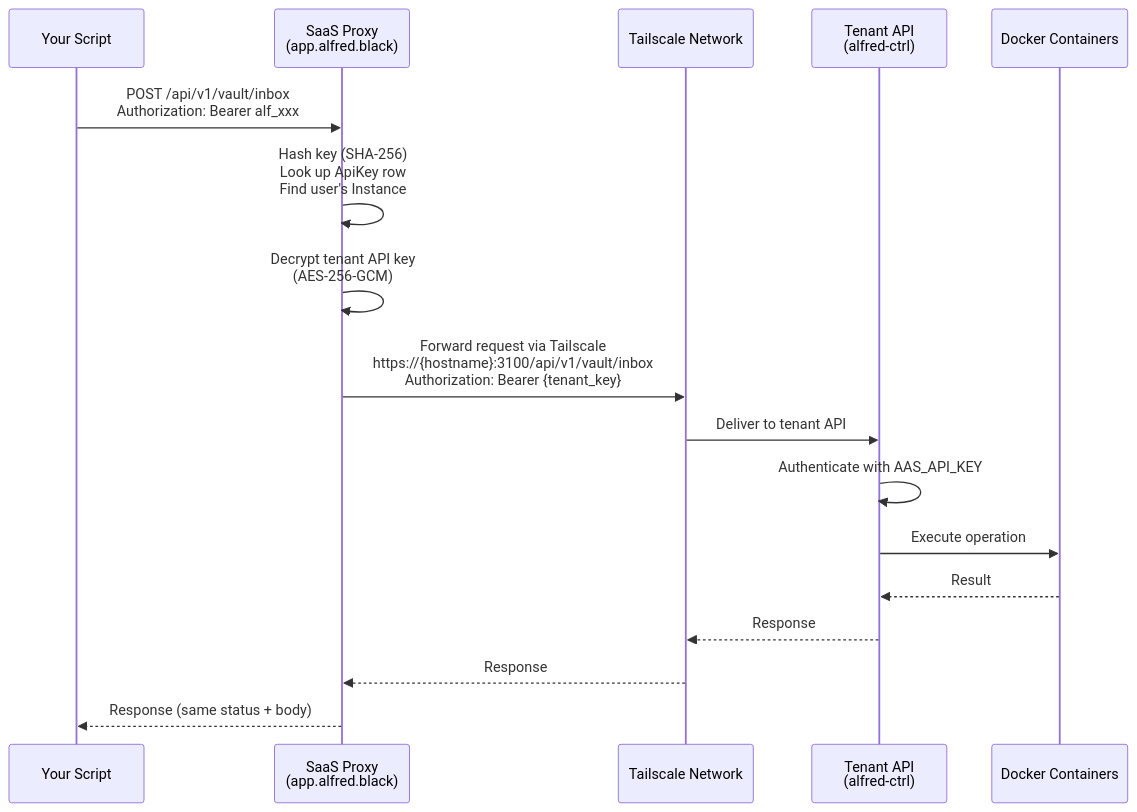
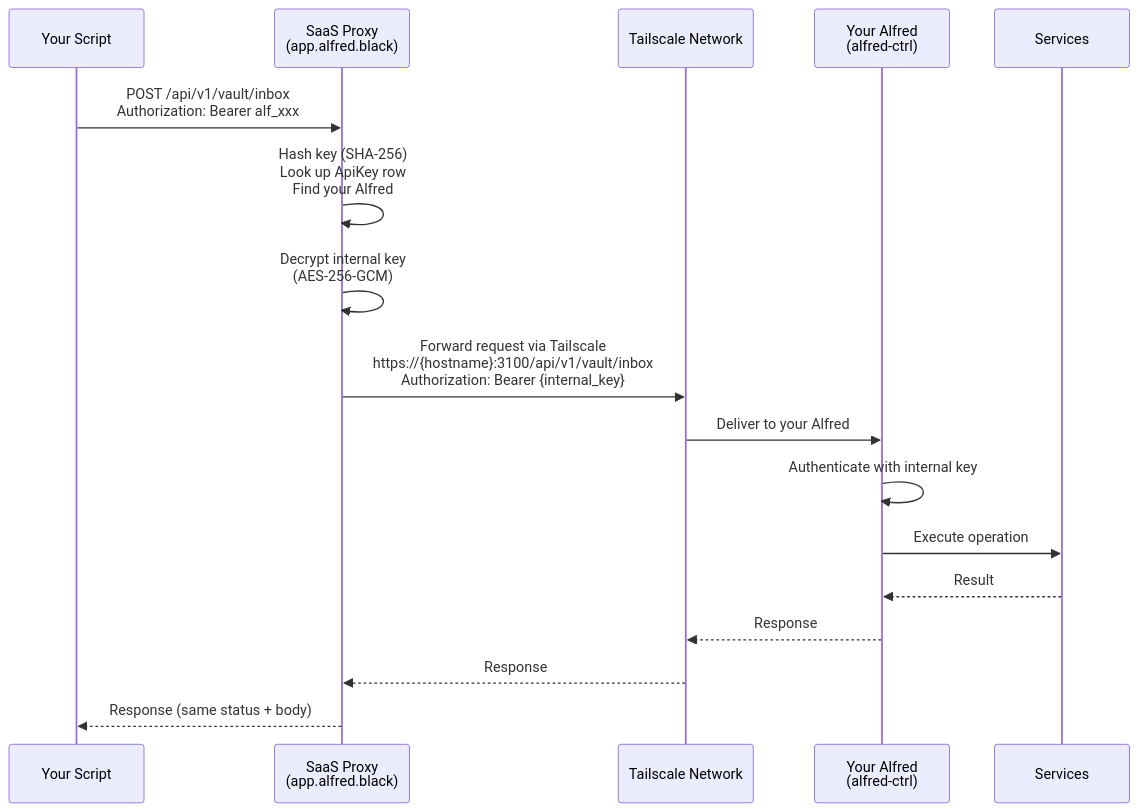
One commit to ssdavidai/alfred-documentation changed the diagram in guides/how-the-api-works.mdx. Above: the diagram before and after it, drawn with Mermaid. The commit also changed other lines of this file and 18 other files, not shown here.

````diff
--- a/guides/how-the-api-works.mdx
+++ b/guides/how-the-api-works.mdx
@@ -13,20 +13,20 @@
 ```mermaid
 sequenceDiagram
     participant Script as Your Script
     participant SaaS as SaaS Proxy<br/>(app.alfred.black)
     participant TS as Tailscale Network
-    participant Tenant as Tenant API<br/>(alfred-ctrl)
-    participant Docker as Docker Containers
+    participant Tenant as Your Alfred<br/>(alfred-ctrl)
+    participant Docker as Services
 
     Script->>SaaS: POST /api/v1/vault/inbox<br/>Authorization: Bearer alf_xxx
-    SaaS->>SaaS: Hash key (SHA-256)<br/>Look up ApiKey row<br/>Find user's Instance
-    SaaS->>SaaS: Decrypt tenant API key<br/>(AES-256-GCM)
-    SaaS->>TS: Forward request via Tailscale<br/>https://{hostname}:3100/api/v1/vault/inbox<br/>Authorization: Bearer {tenant_key}
-    TS->>Tenant: Deliver to tenant API
-    Tenant->>Tenant: Authenticate with AAS_API_KEY
+    SaaS->>SaaS: Hash key (SHA-256)<br/>Look up ApiKey row<br/>Find your Alfred
+    SaaS->>SaaS: Decrypt internal key<br/>(AES-256-GCM)
+    SaaS->>TS: Forward request via Tailscale<br/>https://{hostname}:3100/api/v1/vault/inbox<br/>Authorization: Bearer {internal_key}
+    TS->>Tenant: Deliver to your Alfred
+    Tenant->>Tenant: Authenticate with internal key
     Tenant->>Docker: Execute operation
     Docker-->>Tenant: Result
     Tenant-->>TS: Response
     TS-->>SaaS: Response
     SaaS-->>Script: Response (same status + body)
 ```
````
